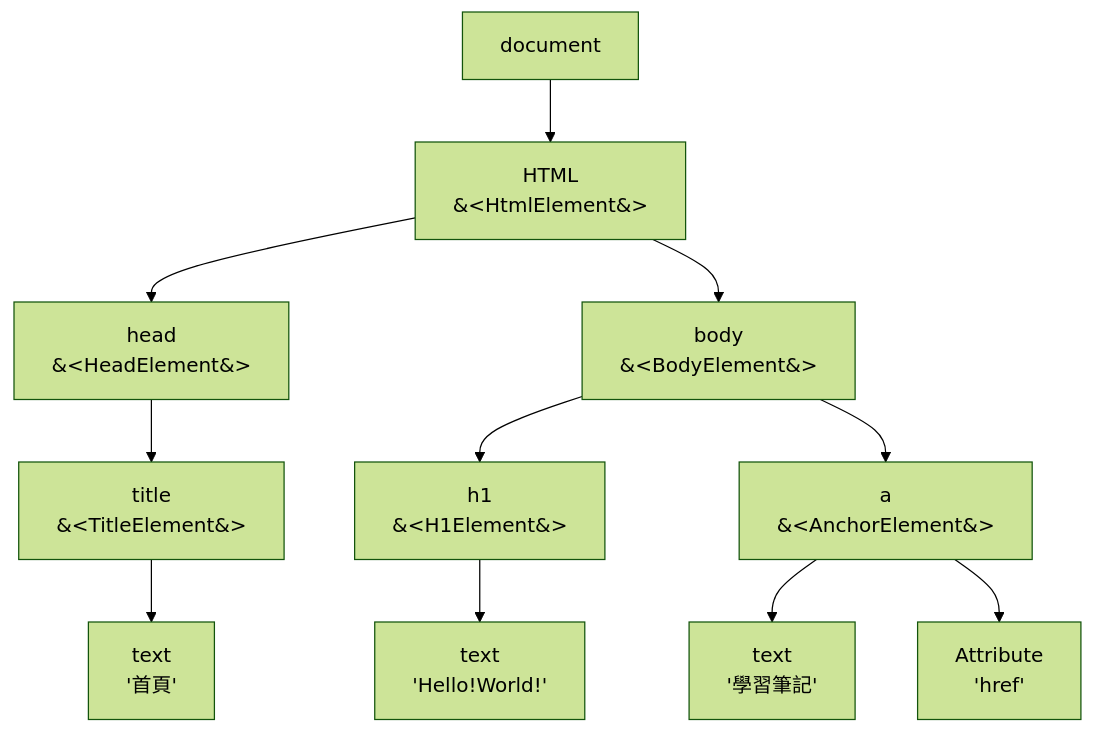
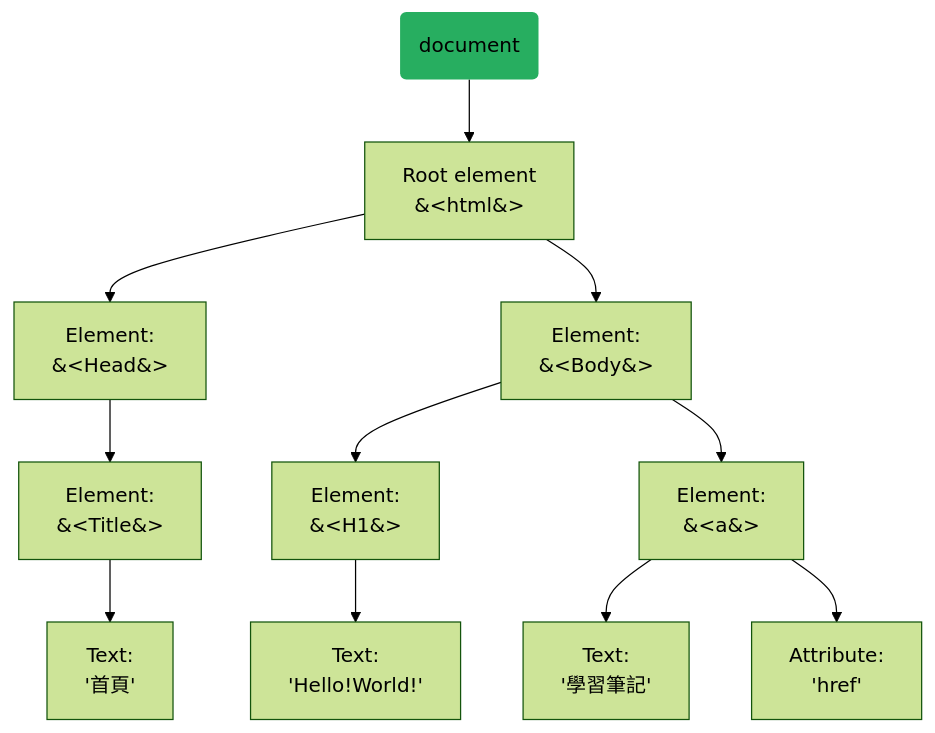
One commit to gn00678465/blog changed the diagram in source/_splitMD/JS-elementary/DOM.md. Above: the diagram before and after it, drawn with Mermaid (forest theme). The commit also changed other lines of this file and 9 other files, not shown here.

```diff
--- a/source/_splitMD/JS-elementary/DOM.md
+++ b/source/_splitMD/JS-elementary/DOM.md
@@ -29,12 +30,13 @@
 {% mermaid graph TD %}
-	A[document] --> B[HTML<br>&#60;HtmlElement&#62;]
-	B --> C[head<br>&#60;HeadElement&#62;]
-  C --> D[title<br>&#60;TitleElement&#62;]
-  D --> E[text<br>'首頁']
-  B --> F[body<br>&#60;BodyElement&#62;]
-  F --> G[h1<br>&#60;H1Element&#62;]
-  G --> H[text<br>'Hello!World!']
-  F --> I[a<br>&#60;AnchorElement&#62;]
-  I --> J[text<br>'學習筆記']
-  I --> L[Attribute<br>'href']
+	A(document) --> B[Root element<br>&#60;html&#62;]
+	B --> C[Element:<br>&#60;Head&#62;]
+  C --> D[Element:<br>&#60;Title&#62;]
+  D --> E[Text:<br>'首頁']
+  B --> F[Element:<br>&#60;Body&#62;]
+  F --> G[Element:<br>&#60;H1&#62;]
+  G --> H[Text:<br>'Hello!World!']
+  F --> I[Element:<br>&#60;a&#62;]
+  I --> J[Text:<br>'學習筆記']
+  I --> L[Attribute:<br>'href']
+  style A fill:#27ae60,stroke-width:0
 {% endmermaid %}
```
